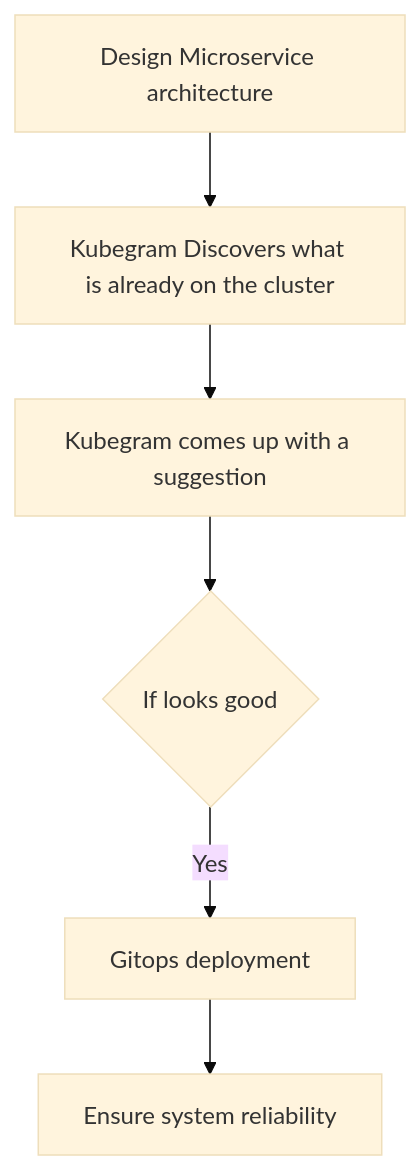
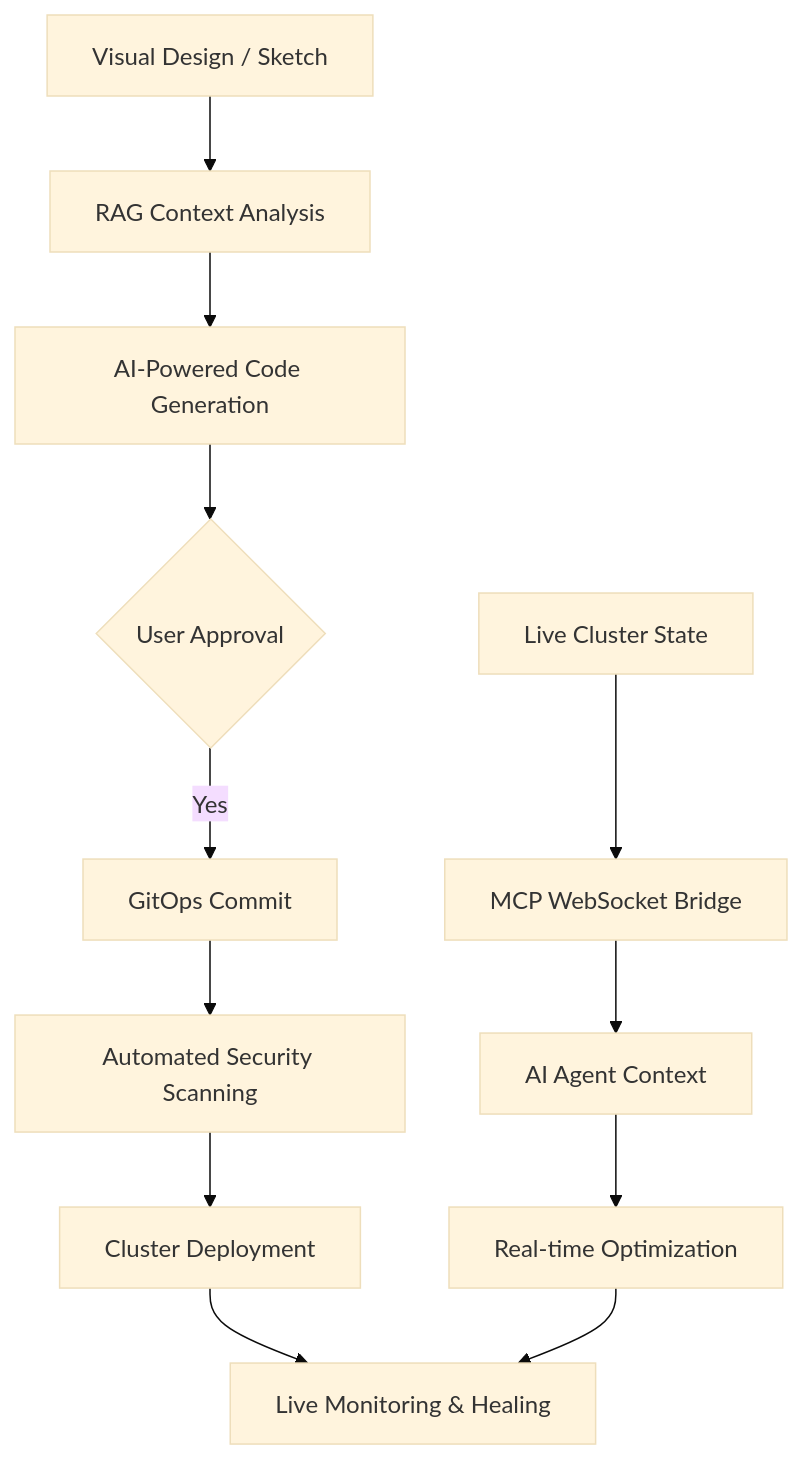
The diagram in kubegram-ui/public/docs/intro.md (kubegram/kubegram), drawn with Mermaid (base theme) before and after one commit. The commit also changed other lines of this file and 48 other files, not shown here.

````diff
--- a/kubegram-ui/public/docs/intro.md
+++ b/kubegram-ui/public/docs/intro.md
@@ -30,8 +38,15 @@
 ```mermaid
 graph TD
-    A[Design Microservice architecture] --> B[Kubegram Discovers what is already on the cluster]
-    B --> C[Kubegram comes up with a suggestion]
-    C --> D{If looks good}
-    D -->|Yes| E[Gitops deployment]
-    E --> F[Ensure system reliability]
+    A[Visual Design / Sketch] --> B[RAG Context Analysis]
+    B --> C[AI-Powered Code Generation]
+    C --> D{User Approval}
+    D -->|Yes| F[GitOps Commit]
+    F --> G[Automated Security Scanning]
+    G --> H[Cluster Deployment]
+    H --> I[Live Monitoring & Healing]
+    
+    J[Live Cluster State] --> K[MCP WebSocket Bridge]
+    K --> L[AI Agent Context]
+    L --> M[Real-time Optimization]
+    M --> I
 ```
````
